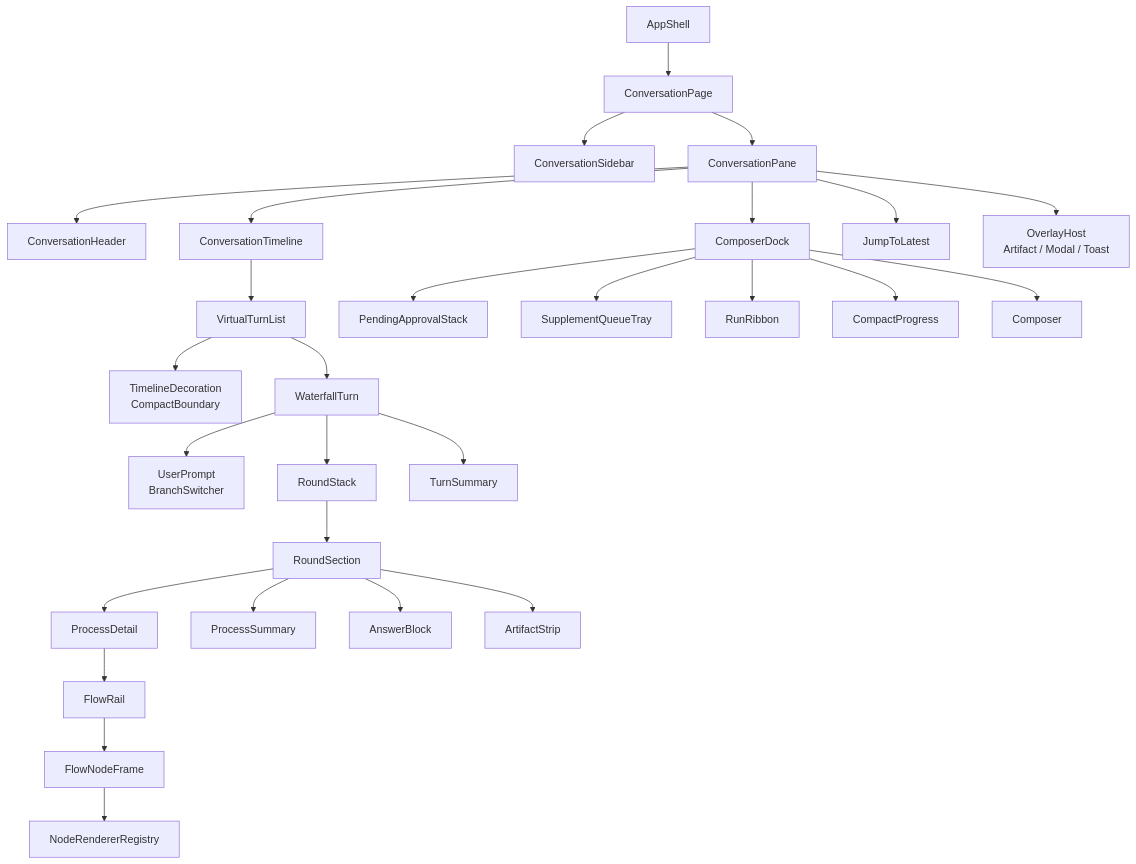
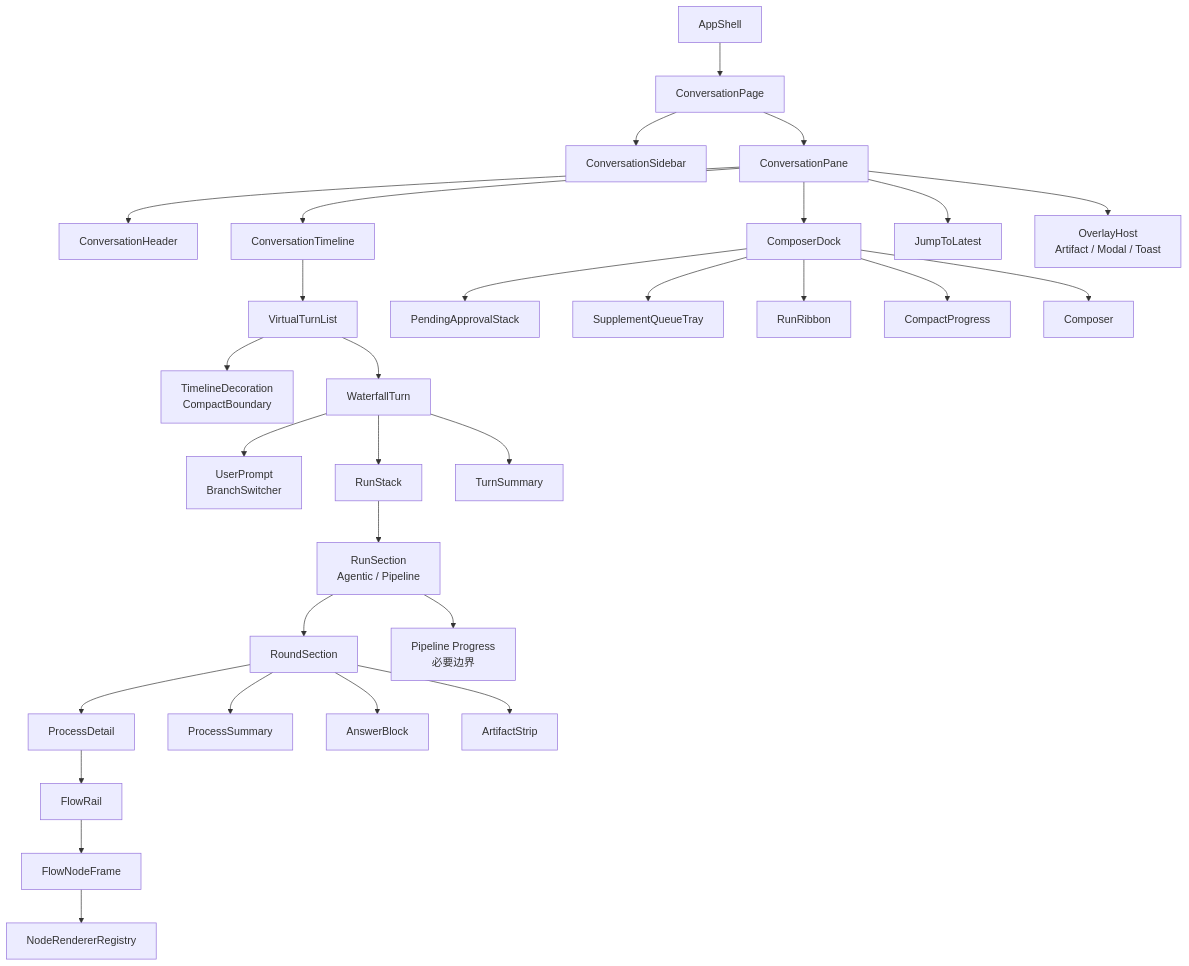
Before and after one commit to ssmiter/Iris: the sixth of 6 diagrams in docs/07-frontend-architecture.md, drawn with Mermaid. The commit also changed other lines of this file and 10 other files, not shown here.

Commit message:
docs(architecture): complete Iris system design

````diff
--- a/docs/07-frontend-architecture.md
+++ b/docs/07-frontend-architecture.md
@@ -454,30 +466,32 @@
 ```mermaid
 flowchart TD
     APP["AppShell"] --> PAGE["ConversationPage"]
     PAGE --> SIDE["ConversationSidebar"]
     PAGE --> PANE["ConversationPane"]
     PANE --> HEAD["ConversationHeader"]
     PANE --> TL["ConversationTimeline"]
     PANE --> DOCK["ComposerDock"]
     TL --> VLIST["VirtualTurnList"]
     VLIST --> DEC["TimelineDecoration<br/>CompactBoundary"]
     VLIST --> TURN["WaterfallTurn"]
     TURN --> USER["UserPrompt<br/>BranchSwitcher"]
-    TURN --> STACK["RoundStack"]
+    TURN --> STACK["RunStack"]
     TURN --> TS["TurnSummary"]
-    STACK --> ROUND["RoundSection"]
+    STACK --> RUNSEC["RunSection<br/>Agentic / Pipeline"]
+    RUNSEC --> ROUND["RoundSection"]
+    RUNSEC --> PRUN["Pipeline Progress<br/>必要边界"]
     ROUND --> PD["ProcessDetail"]
     ROUND --> PS["ProcessSummary"]
     ROUND --> AB["AnswerBlock"]
     ROUND --> AS["ArtifactStrip"]
     PD --> RAIL["FlowRail"]
     RAIL --> FN["FlowNodeFrame"]
     FN --> REG["NodeRendererRegistry"]
     DOCK --> AP["PendingApprovalStack"]
     DOCK --> TRAY["SupplementQueueTray"]
     DOCK --> RIB["RunRibbon"]
     DOCK --> CP["CompactProgress"]
     DOCK --> COM["Composer"]
     PANE --> JUMP["JumpToLatest"]
     PANE --> OVER["OverlayHost<br/>Artifact / Modal / Toast"]
 ```
````
